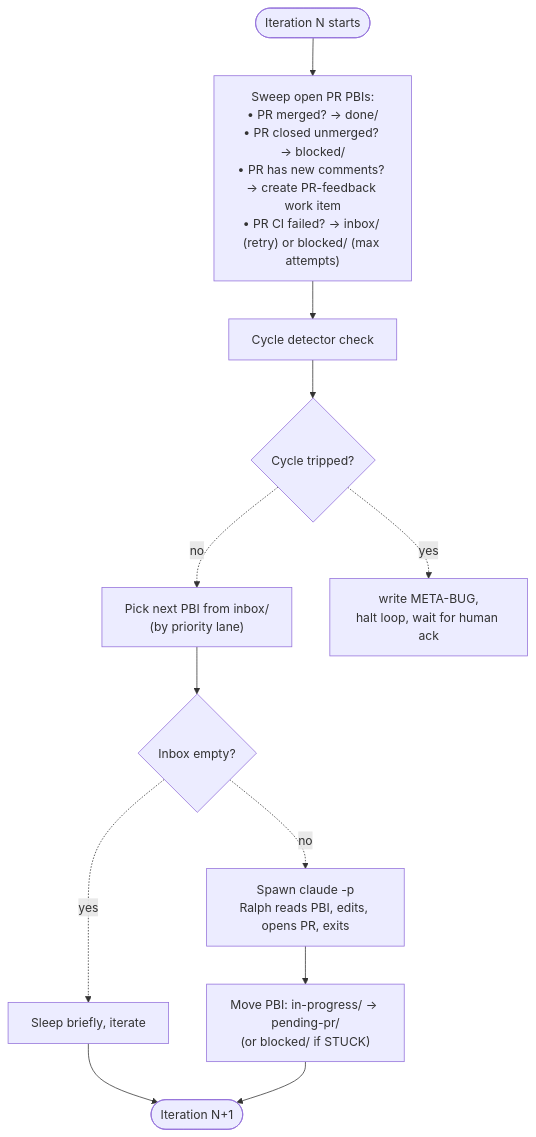
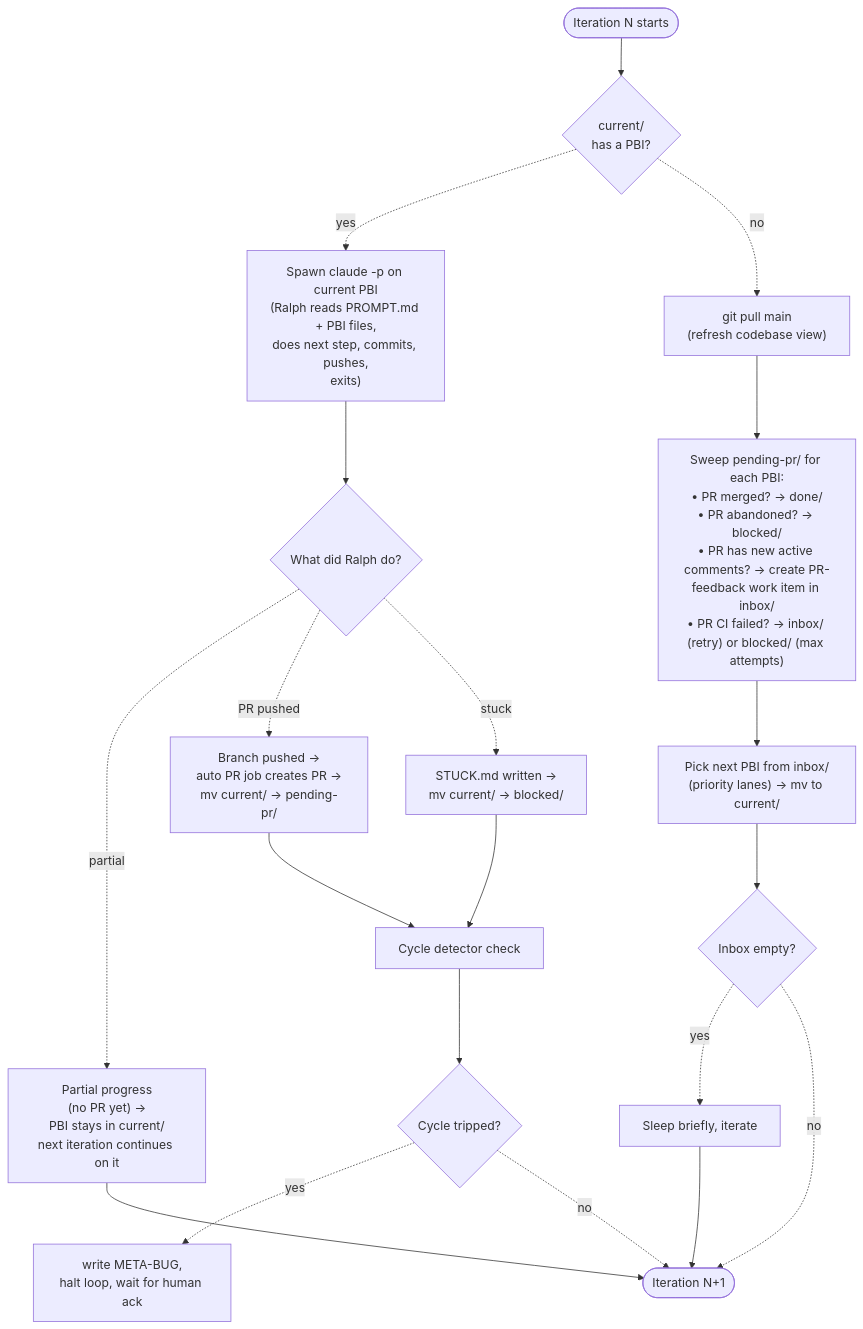
One commit to emp3thy/ralph changed the second of 2 diagrams in docs/superpowers/specs/2026-05-23-ralph-v1-per-repo-loop-design.md. Above: the diagram before and after it, drawn with Mermaid. The commit also changed other lines of this file, not shown here.

First line of the commit message:
Update v1 spec based on user review feedback

````diff
--- a/docs/superpowers/specs/2026-05-23-ralph-v1-per-repo-loop-design.md
+++ b/docs/superpowers/specs/2026-05-23-ralph-v1-per-repo-loop-design.md
@@ -199,19 +208,35 @@
 ```mermaid
 flowchart TB
   Start(["Iteration N starts"])
-  Sweep["Sweep open PR PBIs:<br/>• PR merged? → done/<br/>• PR closed unmerged? → blocked/<br/>• PR has new comments? → create PR-feedback work item<br/>• PR CI failed? → inbox/ (retry) or blocked/ (max attempts)"]
+  CheckCur{"current/<br/>has a PBI?"}
+
+  WorkCur["Spawn claude -p on current PBI<br/>(Ralph reads PROMPT.md + PBI files,<br/>does next step, commits, pushes,<br/>exits)"]
+  Outcome{"What did Ralph do?"}
+  StayCur["Partial progress<br/>(no PR yet) →<br/>PBI stays in current/<br/>next iteration continues on it"]
+  ToPend["Branch pushed →<br/>auto PR job creates PR →<br/>mv current/ → pending-pr/"]
+  ToBlock["STUCK.md written →<br/>mv current/ → blocked/"]
   Cycle["Cycle detector check"]
   Halt{"Cycle tripped?"}
-  Pick["Pick next PBI from inbox/<br/>(by priority lane)"]
+
+  GitPull["git pull main<br/>(refresh codebase view)"]
+  Sweep["Sweep pending-pr/ for each PBI:<br/>• PR merged? → done/<br/>• PR abandoned? → blocked/<br/>• PR has new active comments? → create PR-feedback work item in inbox/<br/>• PR CI failed? → inbox/ (retry) or blocked/ (max attempts)"]
+  Pick["Pick next PBI from inbox/<br/>(priority lanes) → mv to current/"]
   Empty{"Inbox empty?"}
   Sleep["Sleep briefly, iterate"]
-  Spawn["Spawn claude -p<br/>Ralph reads PBI, edits, opens PR, exits"]
-  Move["Move PBI: in-progress/ → pending-pr/<br/>(or blocked/ if STUCK)"]
-  Next(["Iteration N+1"])
 
-  Start --> Sweep --> Cycle --> Halt
+  Start --> CheckCur
+  CheckCur -. yes .-> WorkCur --> Outcome
+  Outcome -. partial .-> StayCur
+  Outcome -. PR pushed .-> ToPend
+  Outcome -. stuck .-> ToBlock
+  StayCur --> NextIter(["Iteration N+1"])
+  ToPend --> Cycle
+  ToBlock --> Cycle
+  Cycle --> Halt
   Halt -. yes .-> META["write META-BUG,<br/>halt loop, wait for human ack"]
-  Halt -. no .-> Pick --> Empty
-  Empty -. yes .-> Sleep --> Next
-  Empty -. no .-> Spawn --> Move --> Next
+  Halt -. no .-> NextIter
+
+  CheckCur -. no .-> GitPull --> Sweep --> Pick --> Empty
+  Empty -. yes .-> Sleep --> NextIter
+  Empty -. no .-> NextIter
 ```
````
